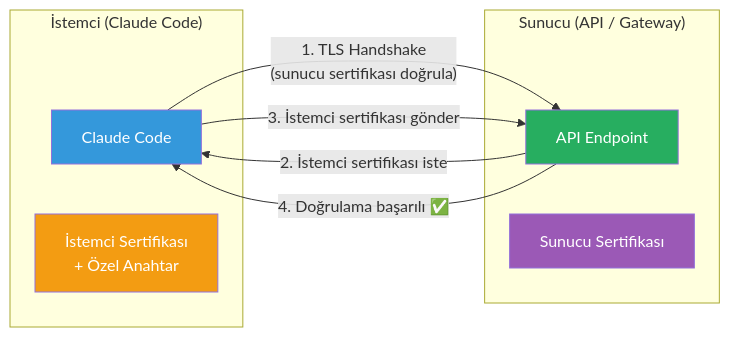
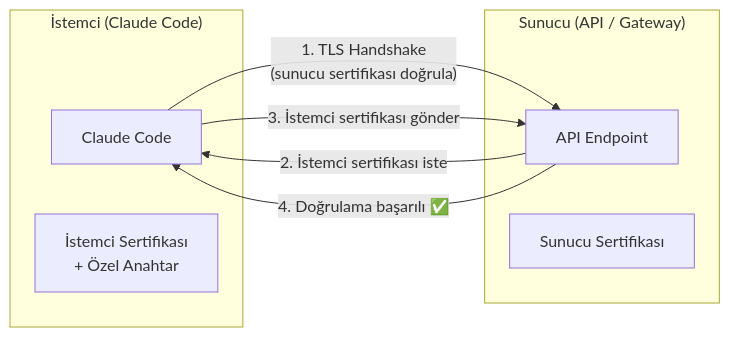
The third of 4 diagrams in 18-kurumsal-kullanim/04-ag-ve-proxy-konfigurasyonu.md (IzzetYasinAtes/ClaudeCodeHandbook), drawn with Mermaid before and after one commit. The commit also changed other lines of this file and 97 other files, not shown here.

Commit message:
Remove all custom Mermaid style/fill colors from 98 markdown files for consistent dark theme rendering

````diff
--- a/18-kurumsal-kullanim/04-ag-ve-proxy-konfigurasyonu.md
+++ b/18-kurumsal-kullanim/04-ag-ve-proxy-konfigurasyonu.md
@@ -145,22 +136,18 @@
 ```mermaid
 flowchart LR
     subgraph client ["İstemci (Claude Code)"]
         CC["Claude Code"]
         CLIENT_CERT["İstemci Sertifikası<br/>+ Özel Anahtar"]
     end
 
     subgraph server ["Sunucu (API / Gateway)"]
         API["API Endpoint"]
         SERVER_CERT["Sunucu Sertifikası"]
     end
 
     CC --> |"1. TLS Handshake<br/>(sunucu sertifikası doğrula)"| API
     API --> |"2. İstemci sertifikası iste"| CC
     CC --> |"3. İstemci sertifikası gönder"| API
     API --> |"4. Doğrulama başarılı ✅"| CC
 
-    style CC fill:#3498DB,color:#fff
-    style API fill:#27AE60,color:#fff
-    style CLIENT_CERT fill:#F39C12,color:#fff
-    style SERVER_CERT fill:#9B59B6,color:#fff
 ```
````
